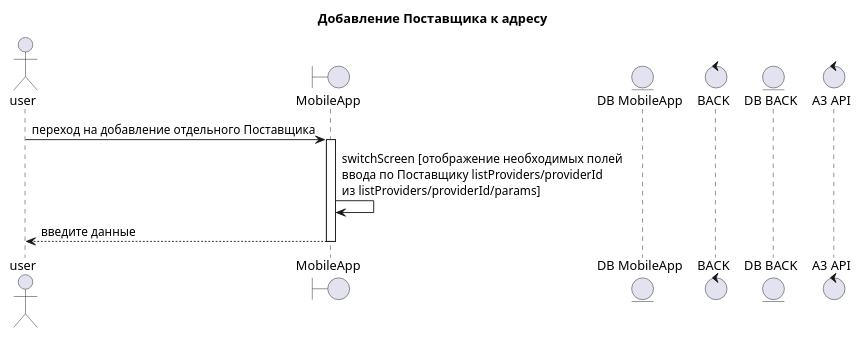
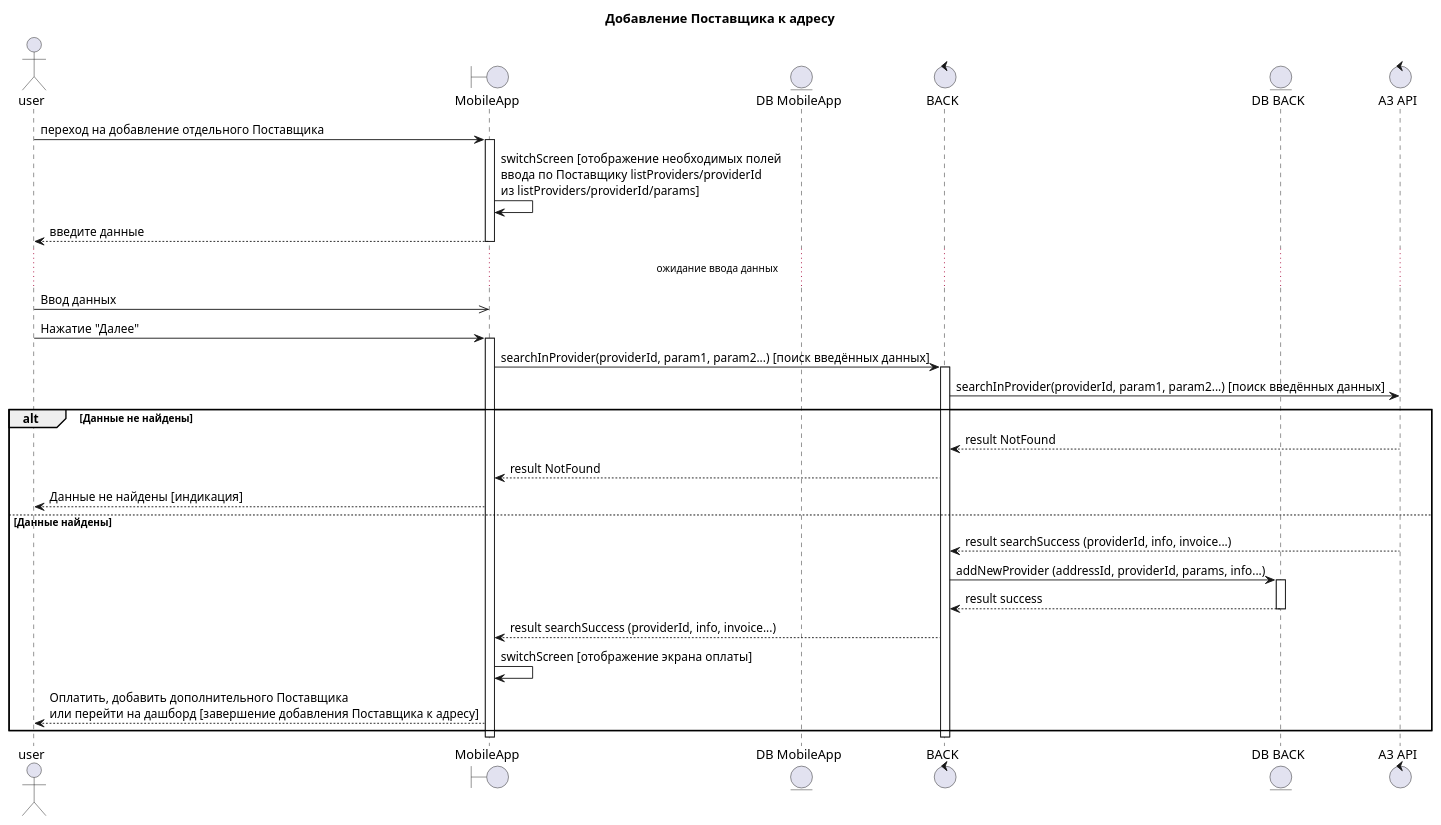
The diagram in Добавление Поставщика к адресу клиенту/ДобавлениеПоставщикаКАдресу.pu (ArtWh0/UML-Scheme), drawn with PlantUML before and after one commit.

Commit message:
Завершена общая схема Добавления Поставщика к адресу без детализации

```diff
--- a/Добавление Поставщика к адресу клиенту/ДобавлениеПоставщикаКАдресу.pu
+++ b/Добавление Поставщика к адресу клиенту/ДобавлениеПоставщикаКАдресу.pu
@@ -1,18 +1,52 @@
 @startuml
 title "Добавление Поставщика к адресу"
 actor user
 boundary "MobileApp" as mobapp
 entity "DB MobileApp" as dbmob
 control "BACK" as back
 entity "DB BACK" as db
 control "A3 API" as a3
 ' сделать альтернативу с вводом данных в полях из выпадающего списка при нажатии на отдельного Поставщика
 
 user -> mobapp : переход на добавление отдельного Поставщика
 activate mobapp
     mobapp -> mobapp : switchScreen [отображение необходимых полей\nввода по Поставщику listProviders/providerId\nиз listProviders/providerId/params]
     'mobapp -> back : getProviderParams (listProviders/providerId)\n[Получение необходимых полей\nдля данного Поставщика]
     mobapp --> user : введите данные
 deactivate mobapp
 
+...ожидание ввода данных...
+user ->>  mobapp : Ввод данных
+user -> mobapp : Нажатие "Далее"
+activate mobapp
+    mobapp -> back : searchInProvider(providerId, param1, param2...) [поиск введённых данных]
+    activate back
+        back -> a3 : searchInProvider(providerId, param1, param2...) [поиск введённых данных]
+alt Данные не найдены
+        a3 --> back : result NotFound
+        back --> mobapp : result NotFound
+        mobapp --> user : Данные не найдены [индикация]
+'else Необходимо уточнение (доввод данных)
+'        a3 --> back : result needMoreInfo (providerId, param1, param2...)
+'        back --> mobapp : result needMoreInfo (providerId, param1, param2...)
+'        mobapp -> mobapp : switchScreen [отображение дополнительных полей ввода для идентификации клиента]
+'        mobapp --> user : введите дополнительные данные
+'
+'        ...ожидание ввода данных...
+'
+'        user ->>  mobapp : Ввод дополнительных данных
+'        user -> mobapp : Нажатие "Далее"
+else Данные найдены
+         a3 --> back : result searchSuccess (providerId, info, invoice...)
+         back -> db : addNewProvider (addressId, providerId, params, info...)
+         activate db
+            db --> back : result success
+         deactivate db
+         back --> mobapp : result searchSuccess (providerId, info, invoice...)
+         mobapp -> mobapp : switchScreen [отображение экрана оплаты]
+         mobapp --> user : Оплатить, добавить дополнительного Поставщика\nили перейти на дашборд [завершение добавления Поставщика к адресу]
+end
+    deactivate back
+deactivate mobapp
+
 @enduml
```
